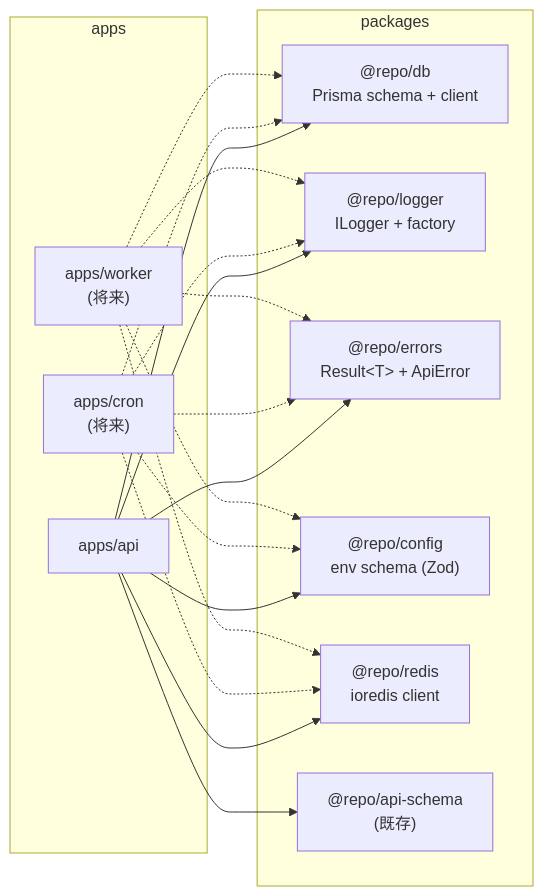
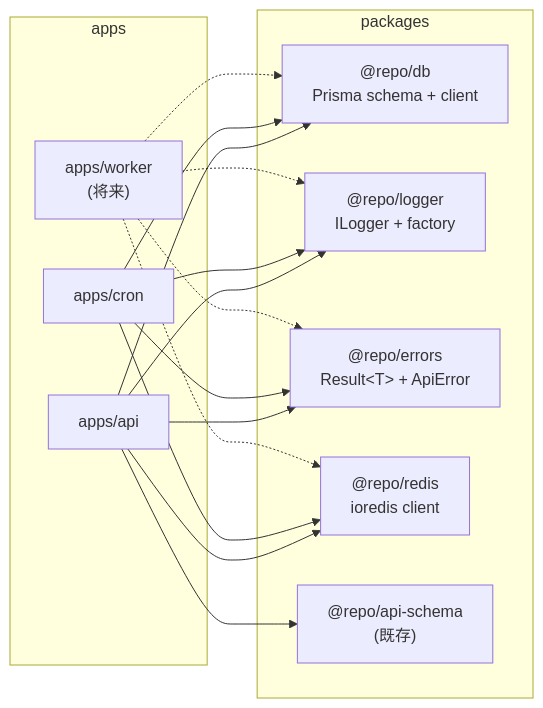
The first of 4 diagrams in docs/spec/shared-packages/README.md (kentakki416/typing-royale), drawn with Mermaid before and after one commit. The commit also changed other lines of this file and 51 other files, not shown here.

````diff
--- a/docs/spec/shared-packages/README.md
+++ b/docs/spec/shared-packages/README.md
@@ -57,36 +55,32 @@
 ```mermaid
 flowchart LR
     subgraph packages
         DB["@repo/db<br/>Prisma schema + client"]
         LOG["@repo/logger<br/>ILogger + factory"]
         ERR["@repo/errors<br/>Result&lt;T&gt; + ApiError"]
-        CFG["@repo/config<br/>env schema (Zod)"]
         RDS["@repo/redis<br/>ioredis client"]
         SCH["@repo/api-schema<br/>(既存)"]
     end
 
     subgraph apps
         API[apps/api]
-        CRON["apps/cron<br/>(将来)"]
+        CRON[apps/cron]
         WORKER["apps/worker<br/>(将来)"]
     end
 
     API --> DB
     API --> LOG
     API --> ERR
-    API --> CFG
     API --> RDS
     API --> SCH
 
-    CRON -.-> DB
-    CRON -.-> LOG
-    CRON -.-> ERR
-    CRON -.-> CFG
-    CRON -.-> RDS
+    CRON --> DB
+    CRON --> LOG
+    CRON --> ERR
+    CRON --> RDS
 
     WORKER -.-> DB
     WORKER -.-> LOG
     WORKER -.-> ERR
-    WORKER -.-> CFG
     WORKER -.-> RDS
 ```
````
